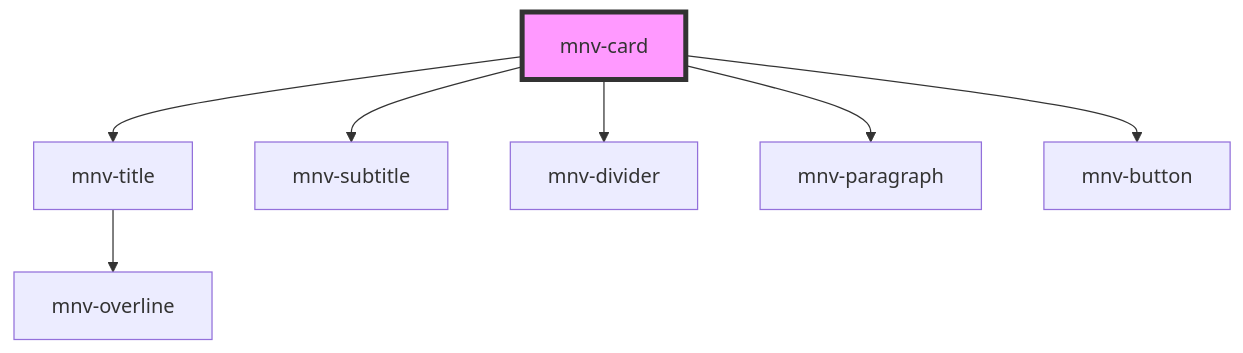
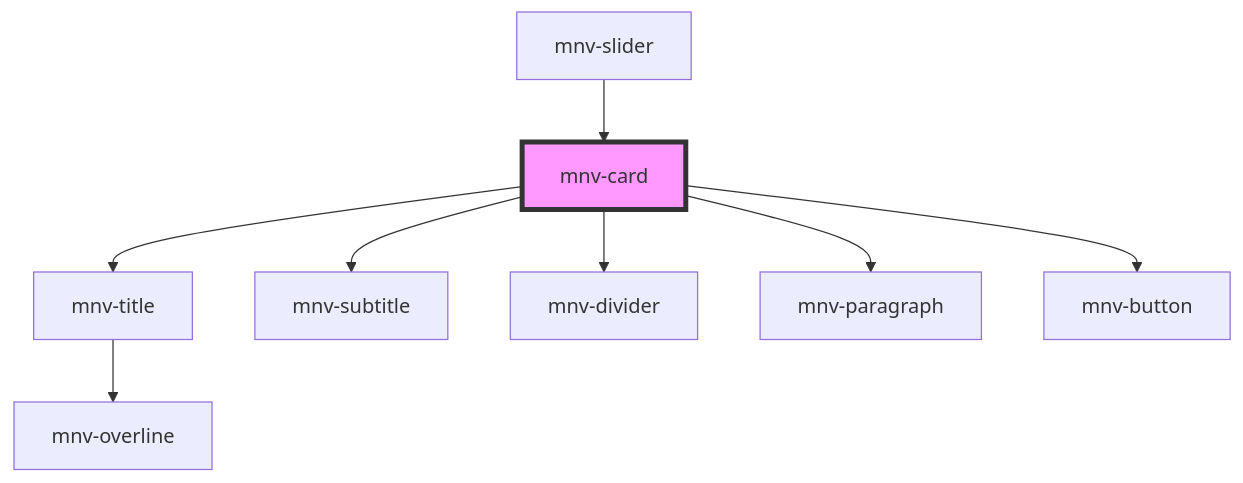
One commit to rafaela-vairo/ufrj-sustainable changed the diagram in src/components/layout/mnv-card/readme.md. Above: the diagram before and after it, drawn with Mermaid. The commit also changed other lines of this file and 13 other files, not shown here.

Commit message:
Progresso em mnv-slider e ajuste de mnv-card, mnv-footer, app-about

````diff
--- a/src/components/layout/mnv-card/readme.md
+++ b/src/components/layout/mnv-card/readme.md
@@ -29,10 +34,11 @@
 ```mermaid
 graph TD;
   mnv-card --> mnv-title
   mnv-card --> mnv-subtitle
   mnv-card --> mnv-divider
   mnv-card --> mnv-paragraph
   mnv-card --> mnv-button
   mnv-title --> mnv-overline
+  mnv-slider --> mnv-card
   style mnv-card fill:#f9f,stroke:#333,stroke-width:4px
 ```
````
